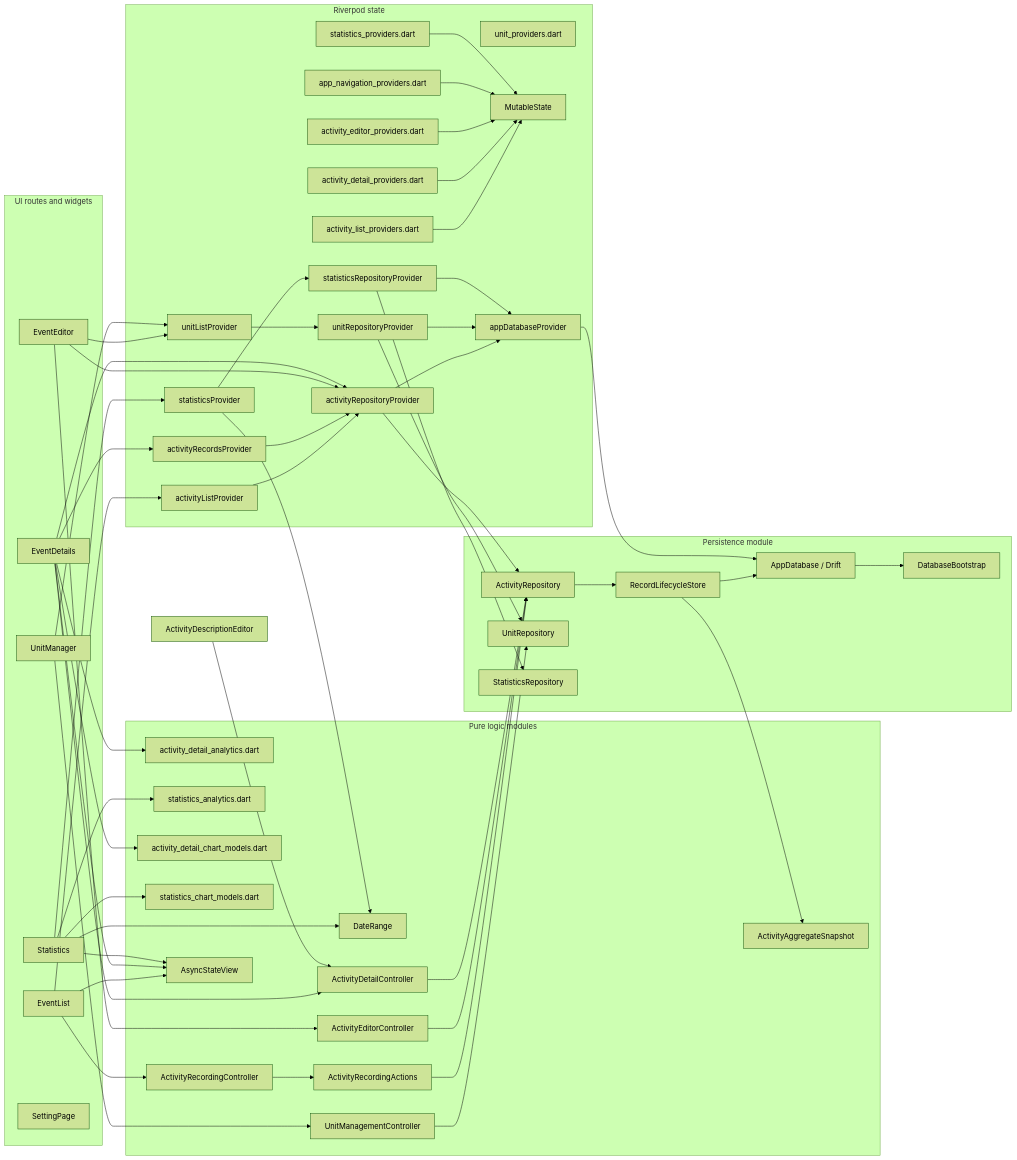
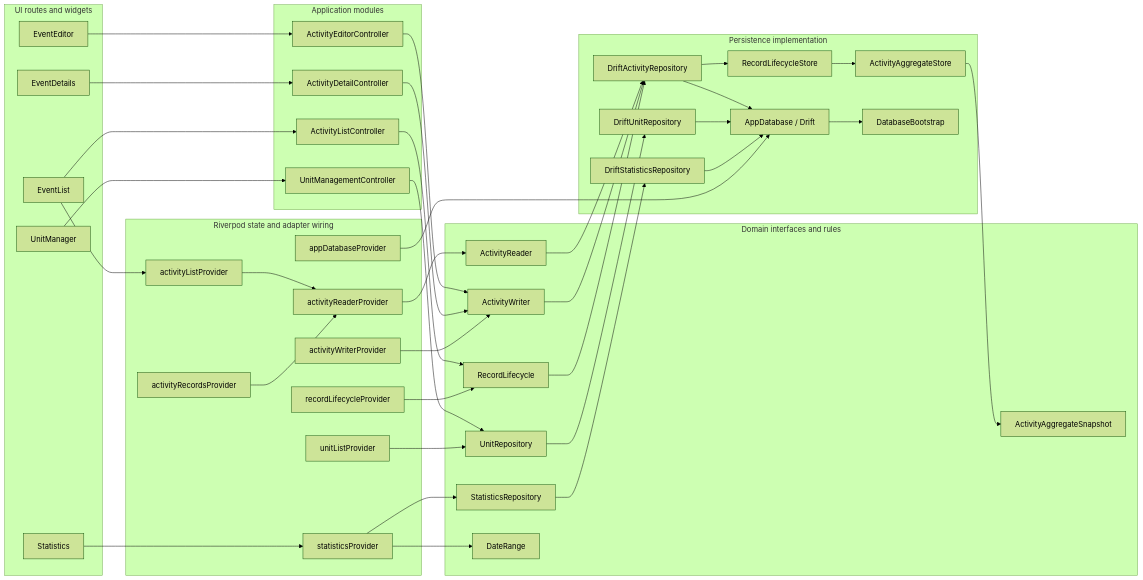
One commit to Guoyuer/eventTracker changed the first of 4 diagrams in docs/architecture/module-flow.md. Above: the diagram before and after it, drawn with Mermaid (forest theme). The commit also changed other lines of this file and 33 other files, not shown here.

Commit message:
Deepen activity application seams

````diff
--- a/docs/architecture/module-flow.md
+++ b/docs/architecture/module-flow.md
@@ -12,95 +12,78 @@
     Statistics["Statistics"]
     EventEditor["EventEditor"]
     UnitManager["UnitManager"]
-    Settings["SettingPage"]
   end
 
-  subgraph Logic["Pure logic modules"]
-    ActivityDetailAnalytics["activity_detail_analytics.dart"]
-    StatisticsAnalytics["statistics_analytics.dart"]
-    ActivityDetailChartModels["activity_detail_chart_models.dart"]
-    StatisticsChartModels["statistics_chart_models.dart"]
-    DateRange["DateRange"]
-    ActivityRecordingController["ActivityRecordingController"]
-    ActivityRecordingActions["ActivityRecordingActions"]
+  subgraph Application["Application modules"]
+    ActivityListController["ActivityListController"]
     ActivityEditorController["ActivityEditorController"]
     ActivityDetailController["ActivityDetailController"]
     UnitManagementController["UnitManagementController"]
-    ActivityAggregateSnapshot["ActivityAggregateSnapshot"]
-    AsyncStateView["AsyncStateView"]
   end
 
-  subgraph State["Riverpod state"]
-    AppNavigationProviders["app_navigation_providers.dart"]
-    ActivityListProviders["activity_list_providers.dart"]
-    ActivityDetailProviders["activity_detail_providers.dart"]
-    ActivityEditorProviders["activity_editor_providers.dart"]
-    UnitProviders["unit_providers.dart"]
-    StatisticsProviders["statistics_providers.dart"]
-    MutableState["MutableState"]
-    AppDatabaseProvider["appDatabaseProvider"]
-    ActivityRepositoryProvider["activityRepositoryProvider"]
-    UnitRepositoryProvider["unitRepositoryProvider"]
-    StatisticsRepositoryProvider["statisticsRepositoryProvider"]
+  subgraph Domain["Domain interfaces and rules"]
+    ActivityReader["ActivityReader"]
+    ActivityWriter["ActivityWriter"]
+    RecordLifecycle["RecordLifecycle"]
+    UnitRepository["UnitRepository"]
+    StatisticsRepository["StatisticsRepository"]
+    AggregateRules["ActivityAggregateSnapshot"]
+    DateRange["DateRange"]
+  end
+
+  subgraph State["Riverpod state and adapter wiring"]
     ActivityListProvider["activityListProvider"]
     ActivityRecordsProvider["activityRecordsProvider"]
+    ActivityReaderProvider["activityReaderProvider"]
+    ActivityWriterProvider["activityWriterProvider"]
+    RecordLifecycleProvider["recordLifecycleProvider"]
     UnitListProvider["unitListProvider"]
     StatisticsProvider["statisticsProvider"]
+    AppDatabaseProvider["appDatabaseProvider"]
   end
 
-  subgraph Persistence["Persistence module"]
+  subgraph Persistence["Persistence implementation"]
+    DriftActivityRepository["DriftActivityRepository"]
+    DriftUnitRepository["DriftUnitRepository"]
+    DriftStatisticsRepository["DriftStatisticsRepository"]
+    RecordLifecycleStore["RecordLifecycleStore"]
+    AggregateStore["ActivityAggregateStore"]
+    AppDatabase["AppDatabase / Drift"]
     DatabaseBootstrap["DatabaseBootstrap"]
-    ActivityRepository["ActivityRepository"]
-    RecordLifecycleStore["RecordLifecycleStore"]
-    UnitRepository["UnitRepository"]
-    StatisticsRepository["StatisticsRepository"]
-    AppDatabase["AppDatabase / Drift"]
   end
 
   EventList --> ActivityListProvider
-  EventList --> ActivityRecordingController
-  EventList --> AsyncStateView
+  EventList --> ActivityListController
   EventEditor --> ActivityEditorController
   EventDetails --> ActivityDetailController
-  ActivityDescriptionEditor["ActivityDescriptionEditor"] --> ActivityDetailController
   UnitManager --> UnitManagementController
-  ActivityListProviders --> MutableState
-  ActivityDetailProviders --> MutableState
-  ActivityEditorProviders --> MutableState
-  AppNavigationProviders --> MutableState
-  StatisticsProviders --> MutableState
-  ActivityRecordingController --> ActivityRecordingActions
-  ActivityRecordingActions --> ActivityRepository
-  ActivityEditorController --> ActivityRepository
-  ActivityDetailController --> ActivityRepository
+  Statistics --> StatisticsProvider
+
+  ActivityListController --> RecordLifecycle
+  ActivityEditorController --> ActivityWriter
+  ActivityDetailController --> ActivityWriter
   UnitManagementController --> UnitRepository
-  RecordLifecycleStore --> ActivityAggregateSnapshot
-  ActivityListProvider --> ActivityRepositoryProvider
-  EventDetails --> ActivityRecordsProvider
-  EventDetails --> AsyncStateView
-  ActivityRecordsProvider --> ActivityRepositoryProvider
-  EventEditor --> UnitListProvider
-  UnitManager --> UnitListProvider
-  UnitListProvider --> UnitRepositoryProvider
-  Statistics --> StatisticsProvider
-  Statistics --> AsyncStateView
-  Statistics --> DateRange
-  StatisticsProvider --> StatisticsRepositoryProvider
+
+  ActivityListProvider --> ActivityReaderProvider
+  ActivityRecordsProvider --> ActivityReaderProvider
+  ActivityReaderProvider --> ActivityReader
+  ActivityWriterProvider --> ActivityWriter
+  RecordLifecycleProvider --> RecordLifecycle
+  UnitListProvider --> UnitRepository
+  StatisticsProvider --> StatisticsRepository
   StatisticsProvider --> DateRange
-  EventEditor --> ActivityRepositoryProvider
-  EventDetails --> ActivityDetailAnalytics
-  EventDetails --> ActivityDetailChartModels
-  EventDetails --> ActivityRepositoryProvider
-  Statistics --> StatisticsAnalytics
-  Statistics --> StatisticsChartModels
-  ActivityRepositoryProvider --> ActivityRepository
-  ActivityRepository --> RecordLifecycleStore
-  RecordLifecycleStore --> AppDatabase
-  UnitRepositoryProvider --> UnitRepository
-  StatisticsRepositoryProvider --> StatisticsRepository
-  ActivityRepositoryProvider --> AppDatabaseProvider
-  UnitRepositoryProvider --> AppDatabaseProvider
-  StatisticsRepositoryProvider --> AppDatabaseProvider
+
+  ActivityReader --> DriftActivityRepository
+  ActivityWriter --> DriftActivityRepository
+  RecordLifecycle --> DriftActivityRepository
+  UnitRepository --> DriftUnitRepository
+  StatisticsRepository --> DriftStatisticsRepository
+  DriftActivityRepository --> RecordLifecycleStore
+  RecordLifecycleStore --> AggregateStore
+  AggregateStore --> AggregateRules
+  DriftActivityRepository --> AppDatabase
+  DriftUnitRepository --> AppDatabase
+  DriftStatisticsRepository --> AppDatabase
   AppDatabaseProvider --> AppDatabase
   AppDatabase --> DatabaseBootstrap
 ```
````
